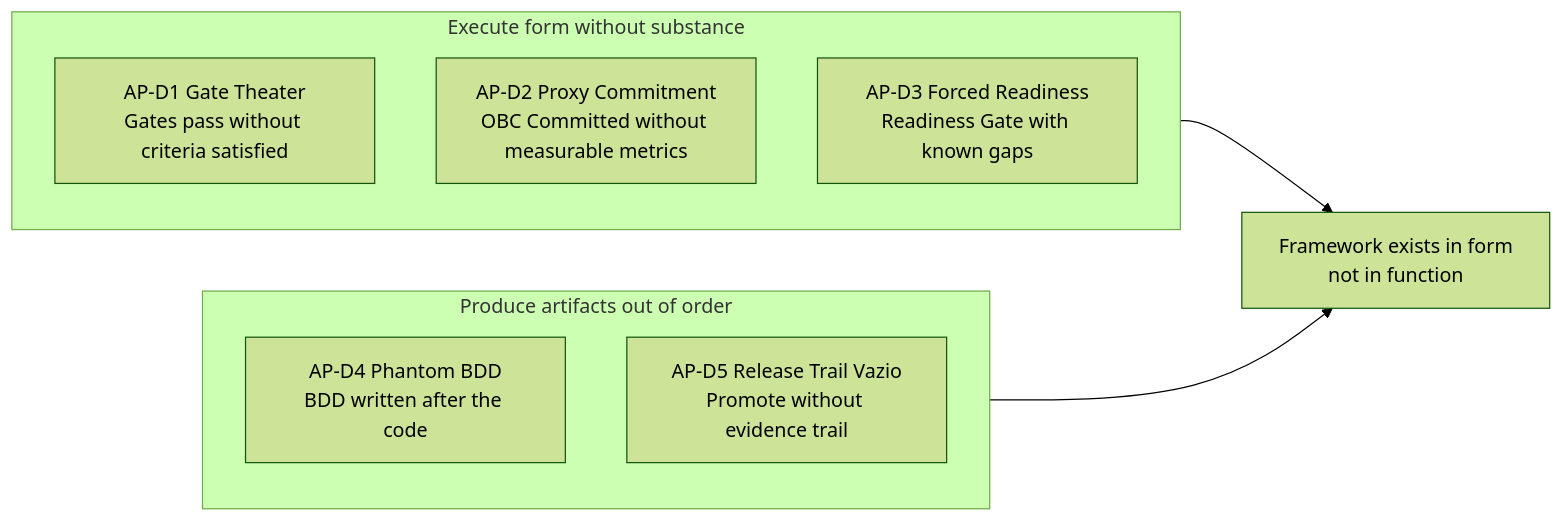
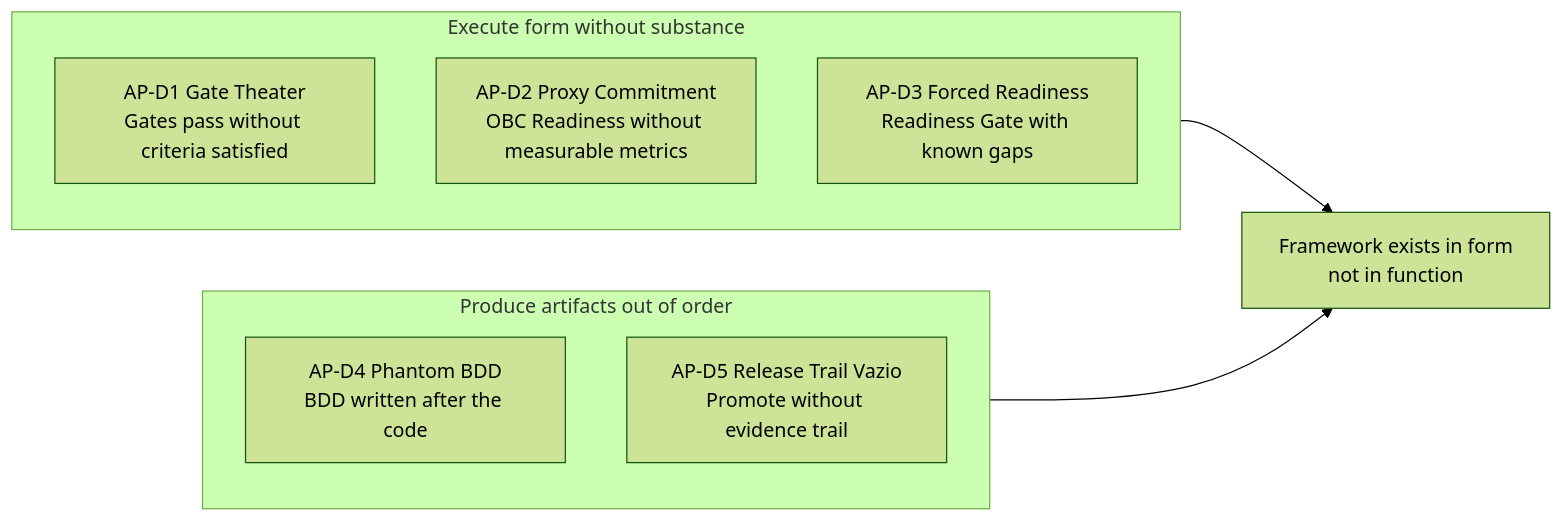
The second of 2 diagrams in en/chapter-06.md (produtoreativo/from-intent-to-outcome), drawn with Mermaid (forest theme) before and after one commit. The commit also changed other lines of this file and 12 other files, not shown here.

First line of the commit message:
refactor: renomeia estado OBC Committed → Readiness em PT e EN

````diff
--- a/en/chapter-06.md
+++ b/en/chapter-06.md
@@ -140,13 +140,13 @@
 ```mermaid
 graph LR
     subgraph Forma["Execute form without substance"]
         AP1["AP-D1 Gate Theater\nGates pass without criteria satisfied"]
-        AP2["AP-D2 Proxy Commitment\nOBC Committed without measurable metrics"]
+        AP2["AP-D2 Proxy Commitment\nOBC Readiness without measurable metrics"]
         AP3["AP-D3 Forced Readiness\nReadiness Gate with known gaps"]
     end
     subgraph Ordem["Produce artifacts out of order"]
         AP4["AP-D4 Phantom BDD\nBDD written after the code"]
         AP5["AP-D5 Release Trail Vazio\nPromote without evidence trail"]
     end
     Forma & Ordem --> RESULT["Framework exists in form\nnot in function"]
 ```
````
